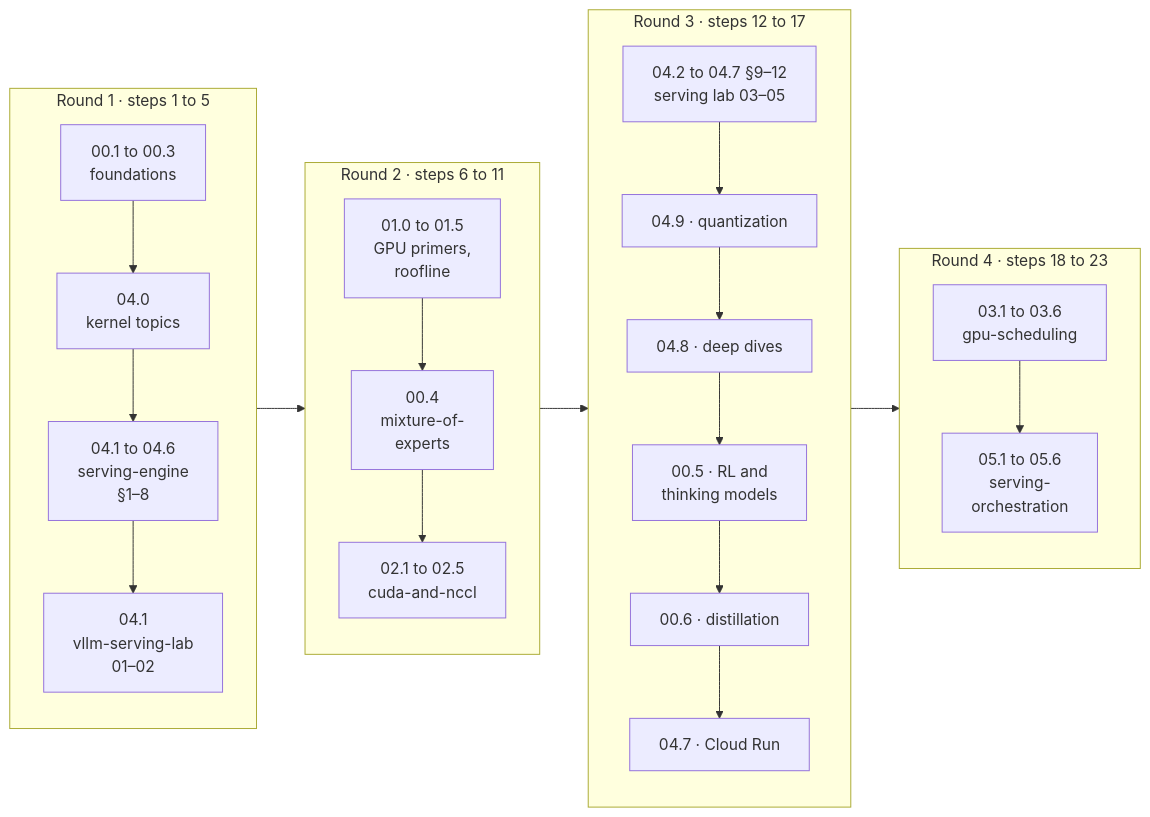
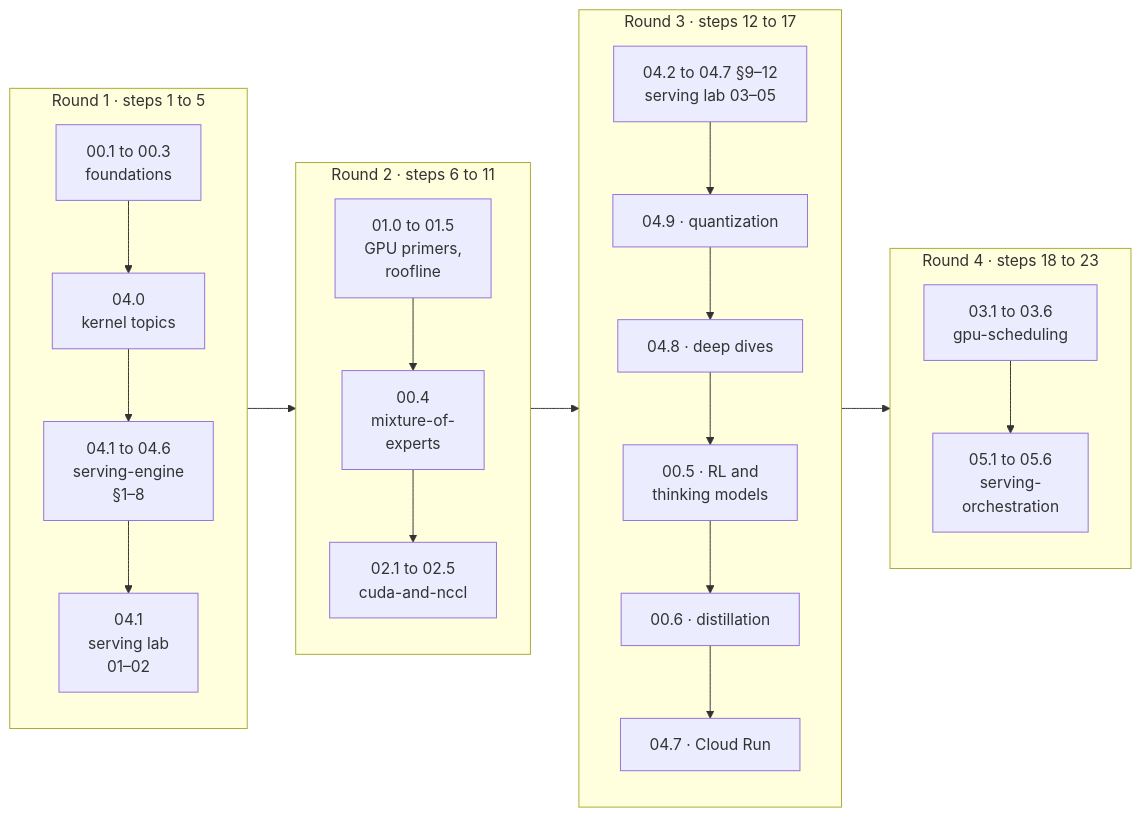
One commit to aniryou/full-stack-agentic-engineer changed the first of 2 diagrams in CURRICULUM.md. Above: the diagram before and after it, drawn with Mermaid. The commit also changed other lines of this file and 211 other files, not shown here.

````diff
--- a/CURRICULUM.md
+++ b/CURRICULUM.md
@@ -157,20 +157,21 @@
 ```mermaid
 flowchart LR
+  accTitle: Rounds 1 to 4 of the learning path as four columns, each a top-to-bottom chain of its modules: the foundations and the engine at T0, the hardware and the runtime, the engine with a GPU and post-training, then Kubernetes and the orchestrator.
   subgraph R1["Round 1 · steps 1 to 5"]
     direction TB
-    S1["00.1 to 00.3<br/>foundations"] --> S3["04.0<br/>kernel topics"] --> S4["04.1 to 04.6<br/>serving-engine<br/>§1–8"] --> S5["04.1<br/>vllm-serving-lab<br/>01–02"]
+    S1["00.1 to 00.3<br/>foundations"] --> S3["04.0<br/>kernel topics"] --> S4["04.1 to 04.6<br/>serving-engine<br/>§1–8"] --> S5["04.1<br/>serving lab<br/>01–02"]
   end
   subgraph R2["Round 2 · steps 6 to 11"]
     direction TB
     S6["01.0 to 01.5<br/>GPU primers,<br/>roofline"] --> S9["00.4<br/>mixture-of-<br/>experts"] --> S10["02.1 to 02.5<br/>cuda-and-nccl"]
   end
   subgraph R3["Round 3 · steps 12 to 17"]
     direction TB
     S12["04.2 to 04.7 §9–12<br/>serving lab 03–05"] --> S13["04.9 · quantization"] --> S14["04.8 · deep dives"] --> S15["00.5 · RL and<br/>thinking models"] --> S16["00.6 · distillation"] --> S17["04.7 · Cloud Run"]
   end
   subgraph R4["Round 4 · steps 18 to 23"]
     direction TB
     S18["03.1 to 03.6<br/>gpu-scheduling"] --> S21["05.1 to 05.6<br/>serving-<br/>orchestration"]
   end
   R1 --> R2 --> R3 --> R4
 ```
````
